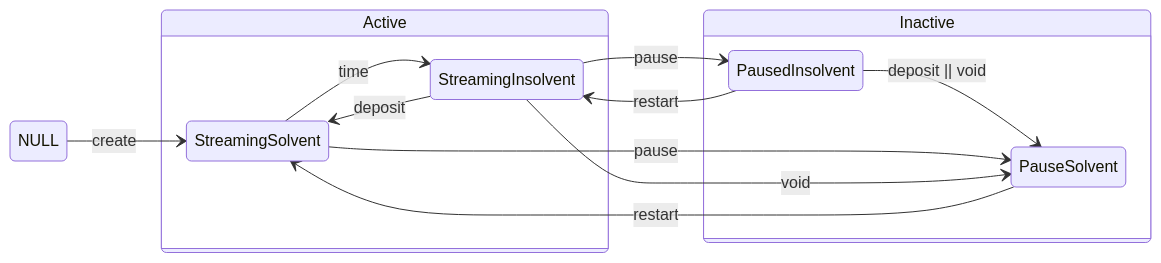
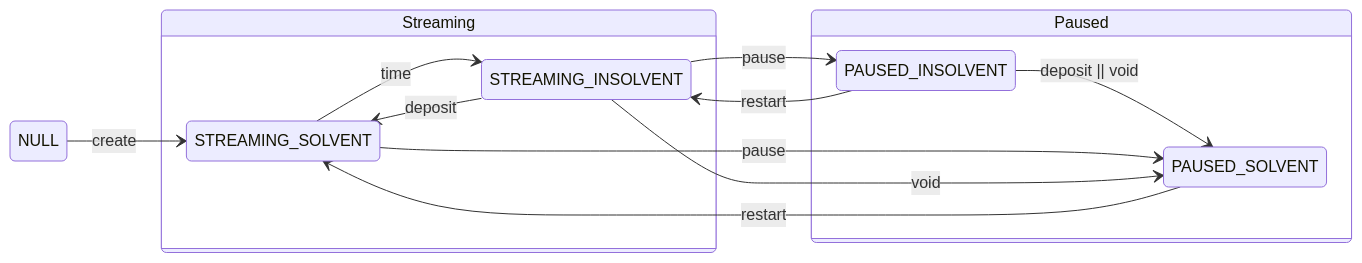
Before and after one commit to sablier-labs/flow: the first of 8 diagrams in diagrams.md, drawn with Mermaid. The commit also changed other lines of this file and 4 other files, not shown here.

````diff
--- a/diagrams.md
+++ b/diagrams.md
@@ -22,40 +22,39 @@
 ```mermaid
 stateDiagram-v2
     direction LR
 
-    state Active {
-        StreamingSolvent
-        StreamingInsolvent --> StreamingSolvent : deposit
-        StreamingSolvent --> StreamingInsolvent : time
+    state Streaming {
+        STREAMING_SOLVENT
+        STREAMING_INSOLVENT --> STREAMING_SOLVENT : deposit
+        STREAMING_SOLVENT --> STREAMING_INSOLVENT : time
     }
 
-    state Inactive {
+    state Paused {
         # direction BT
-        PauseSolvent
-        PausedInsolvent
-         PausedInsolvent --> PauseSolvent : deposit || void
+        PAUSED_SOLVENT
+        PAUSED_INSOLVENT
+         PAUSED_INSOLVENT --> PAUSED_SOLVENT : deposit || void
     }
 
-    StreamingSolvent --> PauseSolvent : pause
-    StreamingInsolvent --> PausedInsolvent : pause
-    StreamingInsolvent --> PauseSolvent : void
-    PauseSolvent --> StreamingSolvent : restart
-    PausedInsolvent --> StreamingInsolvent : restart
+    STREAMING_SOLVENT --> PAUSED_SOLVENT : pause
+    STREAMING_INSOLVENT --> PAUSED_INSOLVENT : pause
+    STREAMING_INSOLVENT --> PAUSED_SOLVENT : void
+    PAUSED_SOLVENT --> STREAMING_SOLVENT : restart
+    PAUSED_INSOLVENT --> STREAMING_INSOLVENT : restart
 
-    NULL --> StreamingSolvent : create
+    NULL --> STREAMING_SOLVENT : create
 
     NULL:::grey
-    Active:::lightGreen
-    Inactive:::lightYellow
-    StreamingSolvent:::intenseGreen
-    StreamingInsolvent:::intenseGreen
-    PausedInsolvent:::intenseYellow
-    PauseSolvent:::intenseYellow
+    Streaming:::lightGreen
+    Paused:::lightYellow
+    STREAMING_SOLVENT:::intenseGreen
+    STREAMING_INSOLVENT:::intenseGreen
+    PAUSED_INSOLVENT:::intenseYellow
+    PAUSED_SOLVENT:::intenseYellow
 
     classDef grey fill:#b0b0b0,stroke:#333,stroke-width:2px,color:#000,font-weight:bold;
     classDef lightGreen fill:#98FB98,color:#000,font-weight:bold;
     classDef intenseGreen fill:#32cd32,stroke:#333,stroke-width:2px,color:#000,font-weight:bold;
     classDef lightYellow fill:#ffff99,color:#000,font-weight:bold;
     classDef intenseYellow fill:#ffd700,color:#000,font-weight:bold;
-
 ```
````
